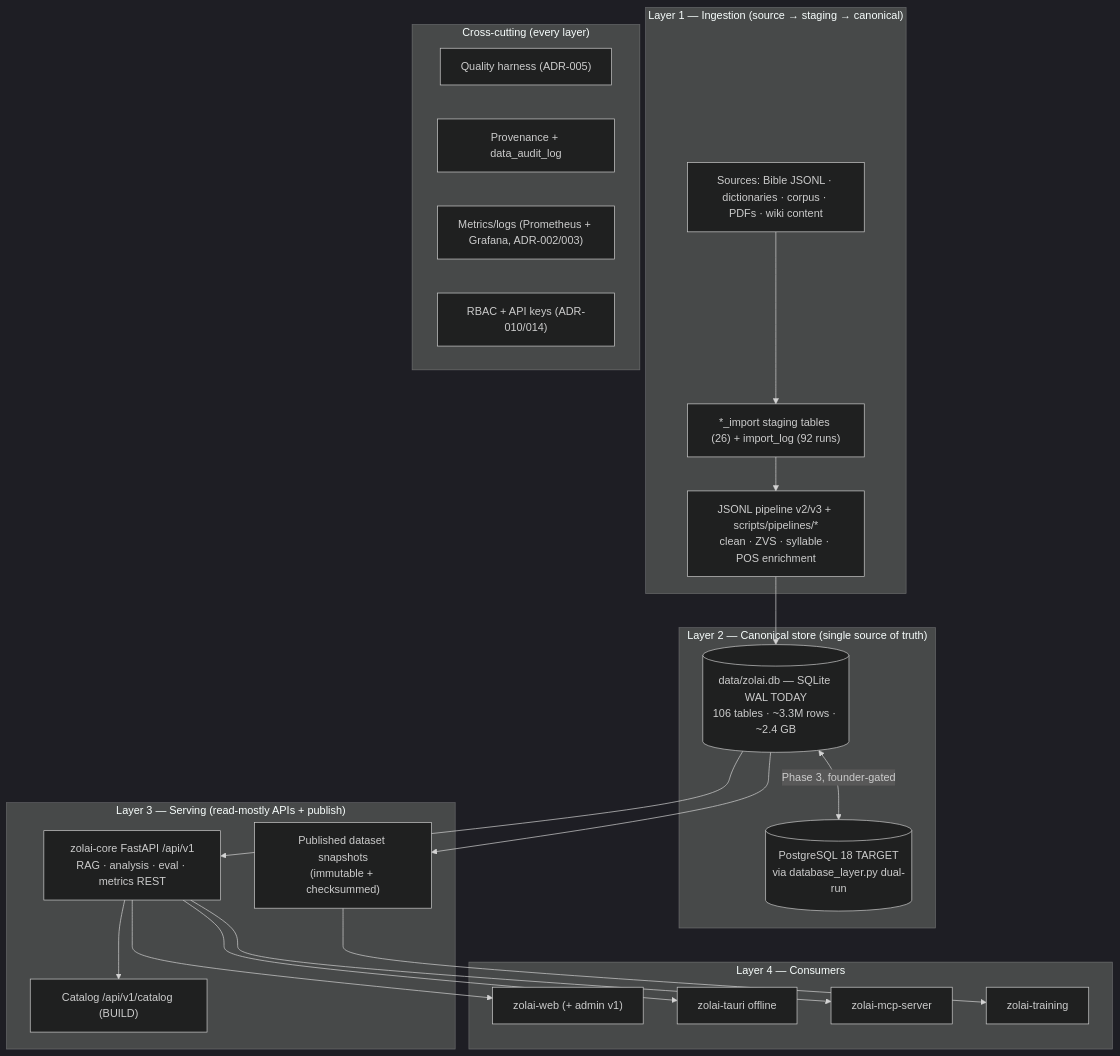
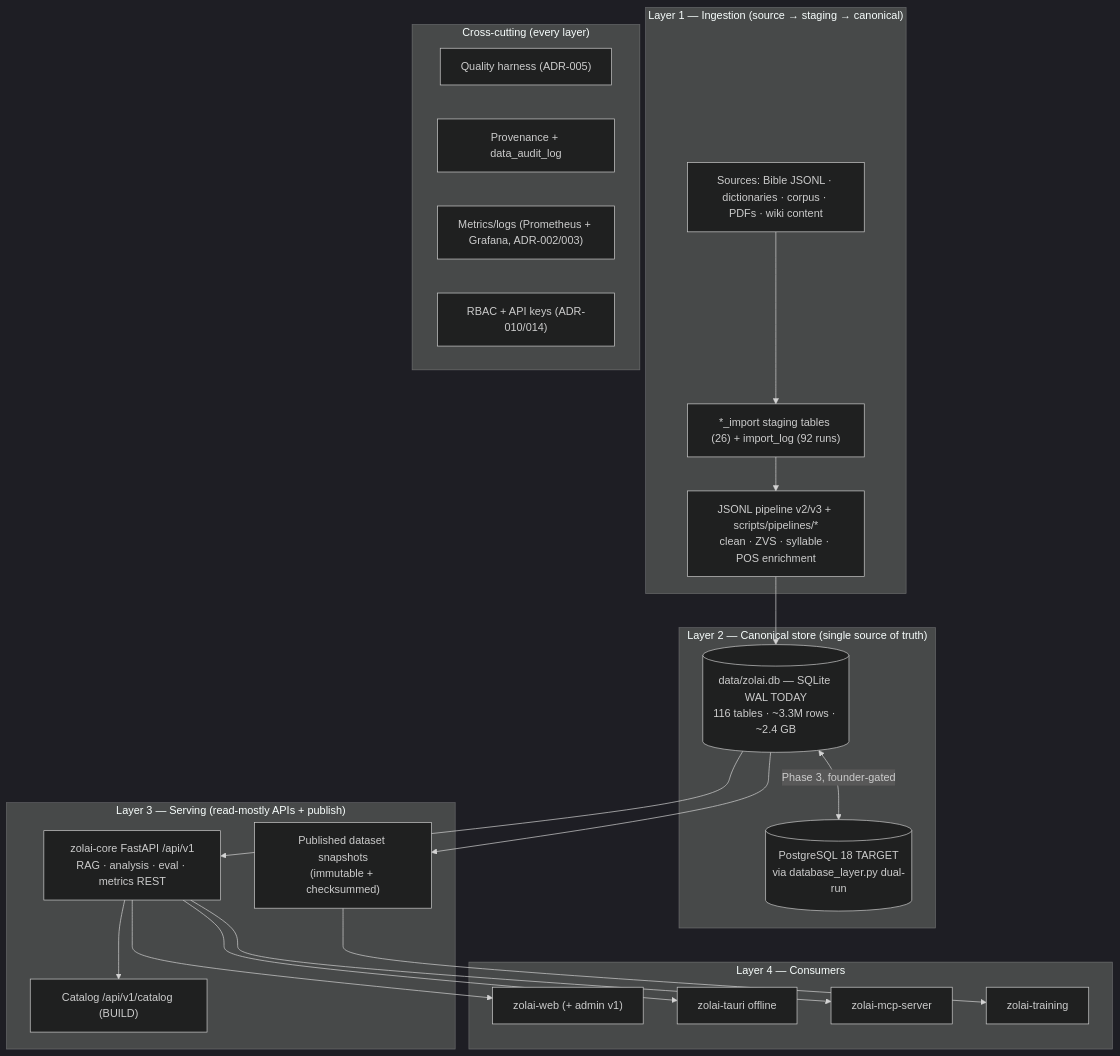
The diagram in docs/architecture/data-platform.md (Zolai-AI/.github), drawn with Mermaid (dark theme) before and after one commit. The commit also changed 6 other files, not shown here.

````diff
--- a/docs/architecture/data-platform.md
+++ b/docs/architecture/data-platform.md
@@ -18,44 +18,44 @@
 ```mermaid
 flowchart TB
   subgraph L1["Layer 1 — Ingestion (source → staging → canonical)"]
     SRC["Sources: Bible JSONL · dictionaries · corpus · PDFs · wiki content"]
     IMP["*_import staging tables (26) + import_log (92 runs)"]
     PIPE["JSONL pipeline v2/v3 + scripts/pipelines/*<br/>clean · ZVS · syllable · POS enrichment"]
     SRC --> IMP --> PIPE
   end
 
   subgraph L2["Layer 2 — Canonical store (single source of truth)"]
-    CAN[("data/zolai.db — SQLite WAL TODAY<br/>106 tables · ~3.3M rows · ~2.4 GB")]
+    CAN[("data/zolai.db — SQLite WAL TODAY<br/>116 tables · ~3.3M rows · ~2.4 GB")]
     TARGET[("PostgreSQL 18 TARGET<br/>via database_layer.py dual-run")]
     CAN <-->|"Phase 3, founder-gated"| TARGET
   end
 
   subgraph L3["Layer 3 — Serving (read-mostly APIs + publish)"]
     API["zolai-core FastAPI /api/v1<br/>RAG · analysis · eval · metrics REST"]
     CAT["Catalog /api/v1/catalog (BUILD)"]
     PUBL["Published dataset snapshots<br/>(immutable + checksummed)"]
   end
 
   subgraph L4["Layer 4 — Consumers"]
     WEB3["zolai-web (+ admin v1)"]
     TAURI3["zolai-tauri offline"]
     MCP3["zolai-mcp-server"]
     TRAIN3["zolai-training"]
   end
 
   PIPE --> CAN
   CAN --> API
   CAN --> PUBL
   API --> CAT
   API --> WEB3
   API --> TAURI3
   API --> MCP3
   PUBL --> TRAIN3
 
   subgraph X["Cross-cutting (every layer)"]
     Q["Quality harness (ADR-005)"]
     PV["Provenance + data_audit_log"]
     OV["Metrics/logs (Prometheus + Grafana, ADR-002/003)"]
     RB["RBAC + API keys (ADR-010/014)"]
   end
 ```
````
